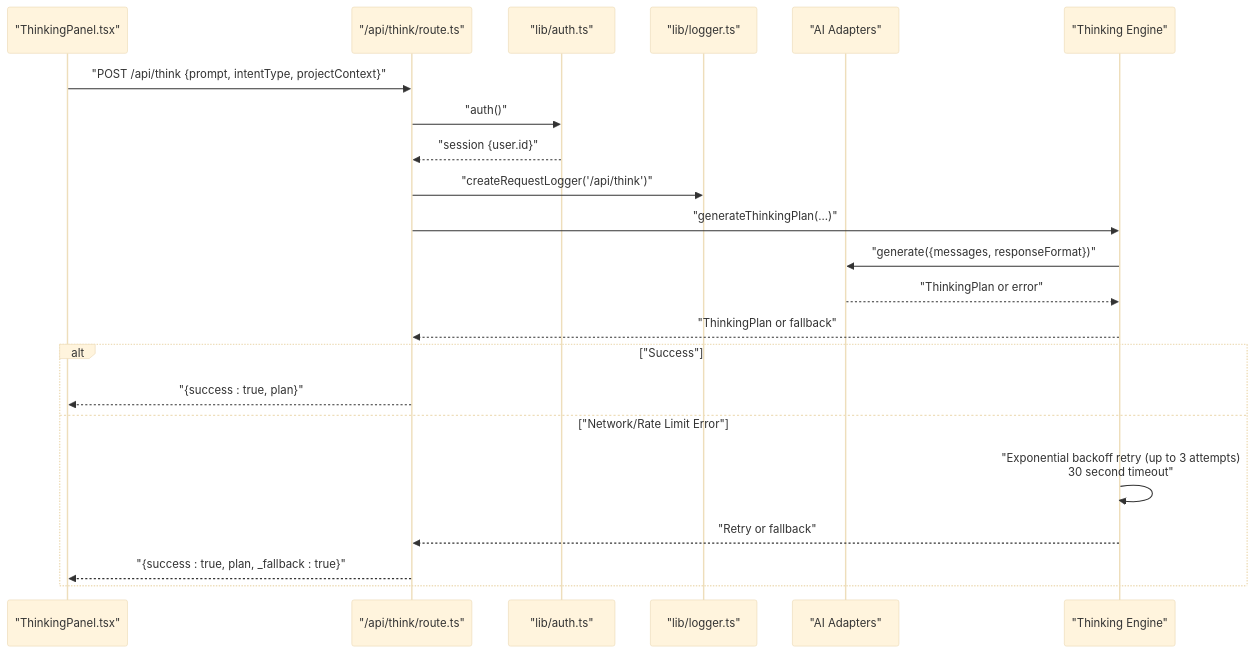
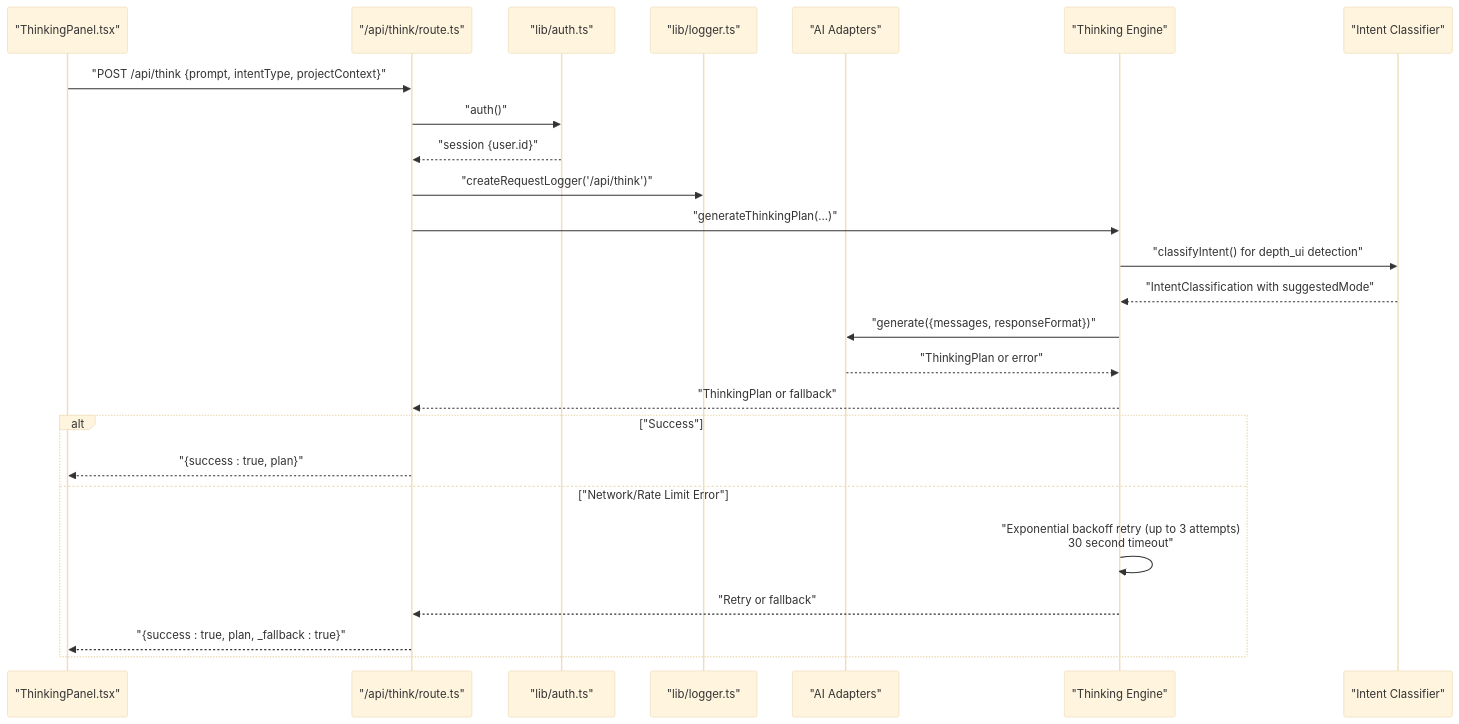
Before and after one commit to shekhargiri005-dotcom/AI-powered-accessibility-first-UI-engine: the second of 8 diagrams in .qoder/repowiki/en/content/Thinking Engine.md, drawn with Mermaid (base theme). The commit also changed other lines of this file and 6 other files, not shown here.

First line of the commit message:
fix: robust JSON extraction + component-scope detection in thinking/classify pipeline

````diff
--- a/.qoder/repowiki/en/content/Thinking Engine.md
+++ b/.qoder/repowiki/en/content/Thinking Engine.md
@@ -137,24 +157,27 @@
 ```mermaid
 sequenceDiagram
 participant UI as "ThinkingPanel.tsx"
 participant API as "/api/think/route.ts"
 participant AUTH as "lib/auth.ts"
 participant LOG as "lib/logger.ts"
 participant ADAPT as "AI Adapters"
 participant PLAN as "Thinking Engine"
+participant CLASS as "Intent Classifier"
 UI->>API : "POST /api/think {prompt, intentType, projectContext}"
 API->>AUTH : "auth()"
 AUTH-->>API : "session {user.id}"
 API->>LOG : "createRequestLogger('/api/think')"
 API->>PLAN : "generateThinkingPlan(...)"
+PLAN->>CLASS : "classifyIntent() for depth_ui detection"
+CLASS-->>PLAN : "IntentClassification with suggestedMode"
 PLAN->>ADAPT : "generate({messages, responseFormat})"
 ADAPT-->>PLAN : "ThinkingPlan or error"
 PLAN-->>API : "ThinkingPlan or fallback"
 alt "Success"
 API-->>UI : "{success : true, plan}"
 else "Network/Rate Limit Error"
 PLAN->>PLAN : "Exponential backoff retry (up to 3 attempts)<br/>30 second timeout"
 PLAN-->>API : "Retry or fallback"
 API-->>UI : "{success : true, plan, _fallback : true}"
 end
 ```
````
